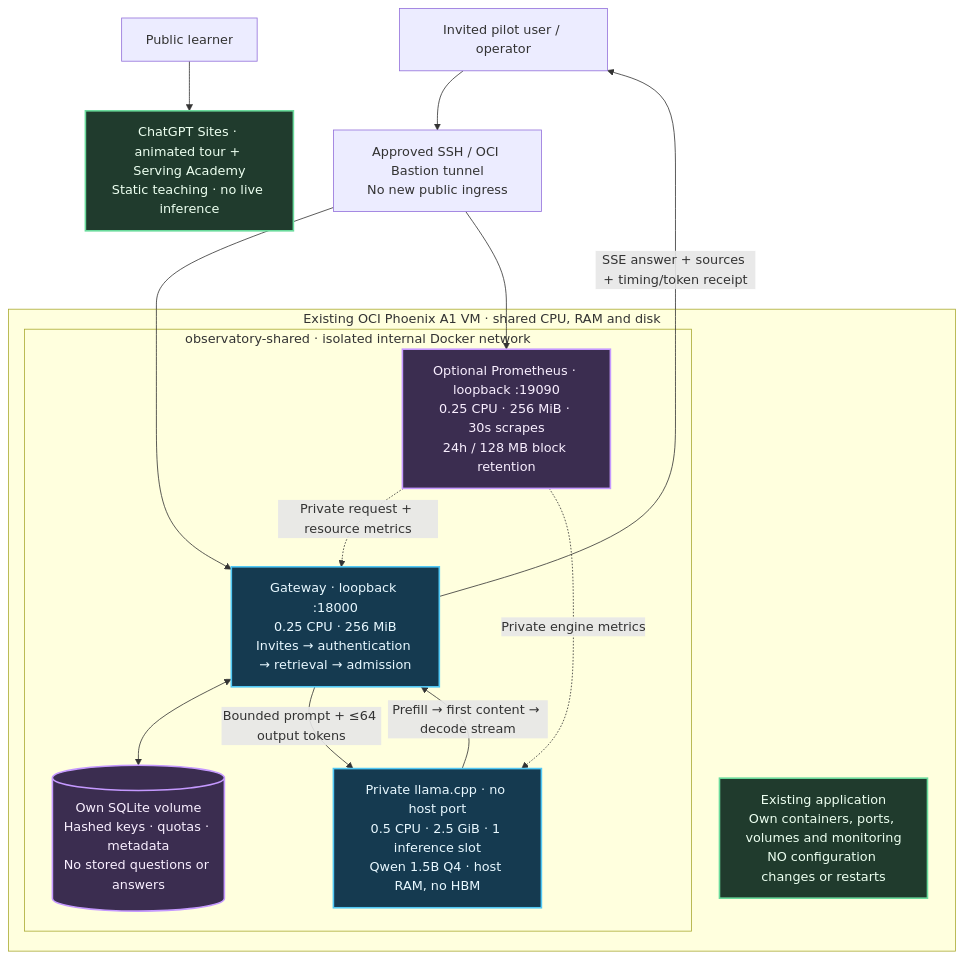
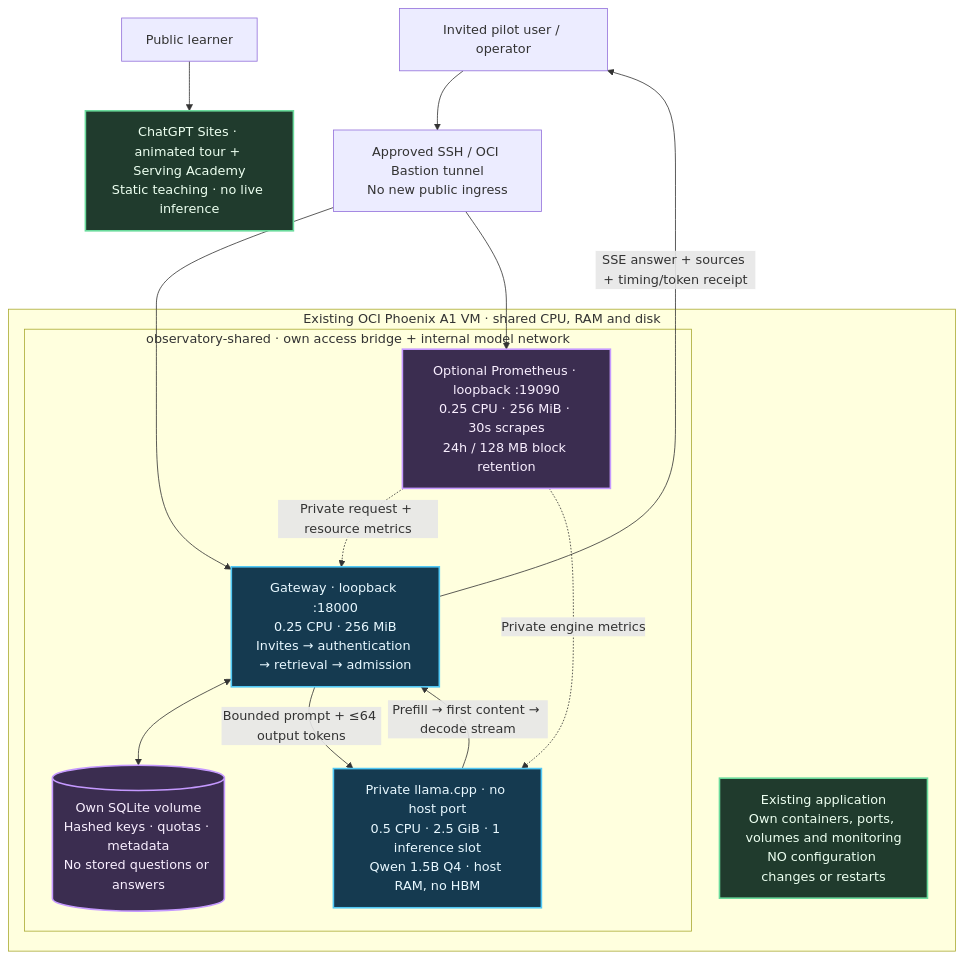
The diagram in docs/oci-shared-host.md (sivalinb/llm-serving-observatory), drawn with Mermaid before and after one commit. The commit also changed other lines of this file and 2 other files, not shown here.

Commit message:
docs: record verified shared-host CI and CPU smoke evidence [skip ci]

````diff
--- a/docs/oci-shared-host.md
+++ b/docs/oci-shared-host.md
@@ -9,28 +9,28 @@
 ```mermaid
 flowchart TB
   learner["Public learner"] --> sites["ChatGPT Sites · animated tour + Serving Academy<br/>Static teaching · no live inference"]
   operator["Invited pilot user / operator"] --> tunnel["Approved SSH / OCI Bastion tunnel<br/>No new public ingress"]
   subgraph vm["Existing OCI Phoenix A1 VM · shared CPU, RAM and disk"]
     incumbent["Existing application<br/>Own containers, ports, volumes and monitoring<br/>NO configuration changes or restarts"]
-    subgraph own["observatory-shared · isolated internal Docker network"]
+    subgraph own["observatory-shared · own access bridge + internal model network"]
       gateway["Gateway · loopback :18000<br/>0.25 CPU · 256 MiB<br/>Invites → authentication → retrieval → admission"]
       ledger[("Own SQLite volume<br/>Hashed keys · quotas · metadata<br/>No stored questions or answers")]
       model["Private llama.cpp · no host port<br/>0.5 CPU · 2.5 GiB · 1 inference slot<br/>Qwen 1.5B Q4 · host RAM, no HBM"]
       metrics["Optional Prometheus · loopback :19090<br/>0.25 CPU · 256 MiB · 30s scrapes<br/>24h / 128 MB block retention"]
       gateway <--> ledger
       gateway -->|"Bounded prompt + ≤64 output tokens"| model
       model -->|"Prefill → first content → decode stream"| gateway
       metrics -. "Private request + resource metrics" .-> gateway
       metrics -. "Private engine metrics" .-> model
     end
   end
   tunnel --> gateway
   tunnel --> metrics
   gateway -->|"SSE answer + sources + timing/token receipt"| operator
   classDef live fill:#153a50,color:#e8f8ff,stroke:#51c8f5,stroke-width:2px;
   classDef safe fill:#203b2d,color:#ecfff0,stroke:#6adb9c,stroke-width:2px;
   classDef ops fill:#3b2d50,color:#f9efff,stroke:#c599ff,stroke-width:2px;
   class gateway,model live;
   class incumbent,sites safe;
   class metrics,ledger ops;
 ```
````
